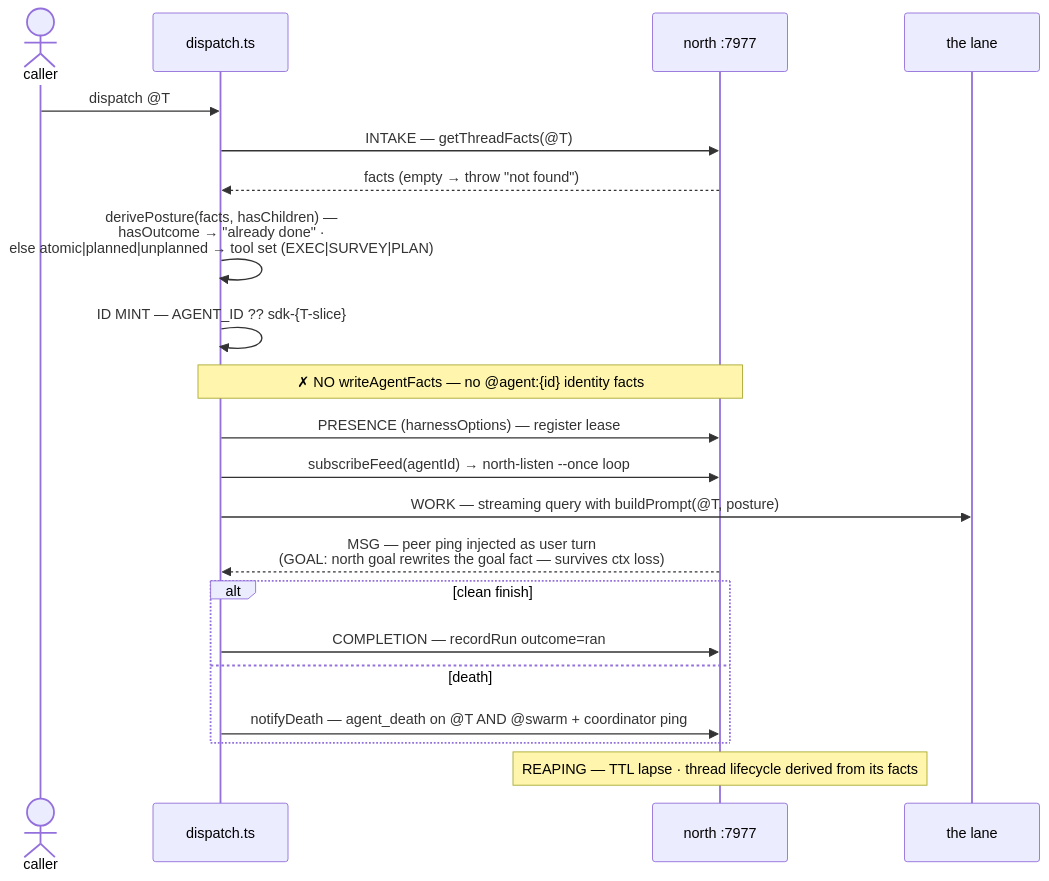
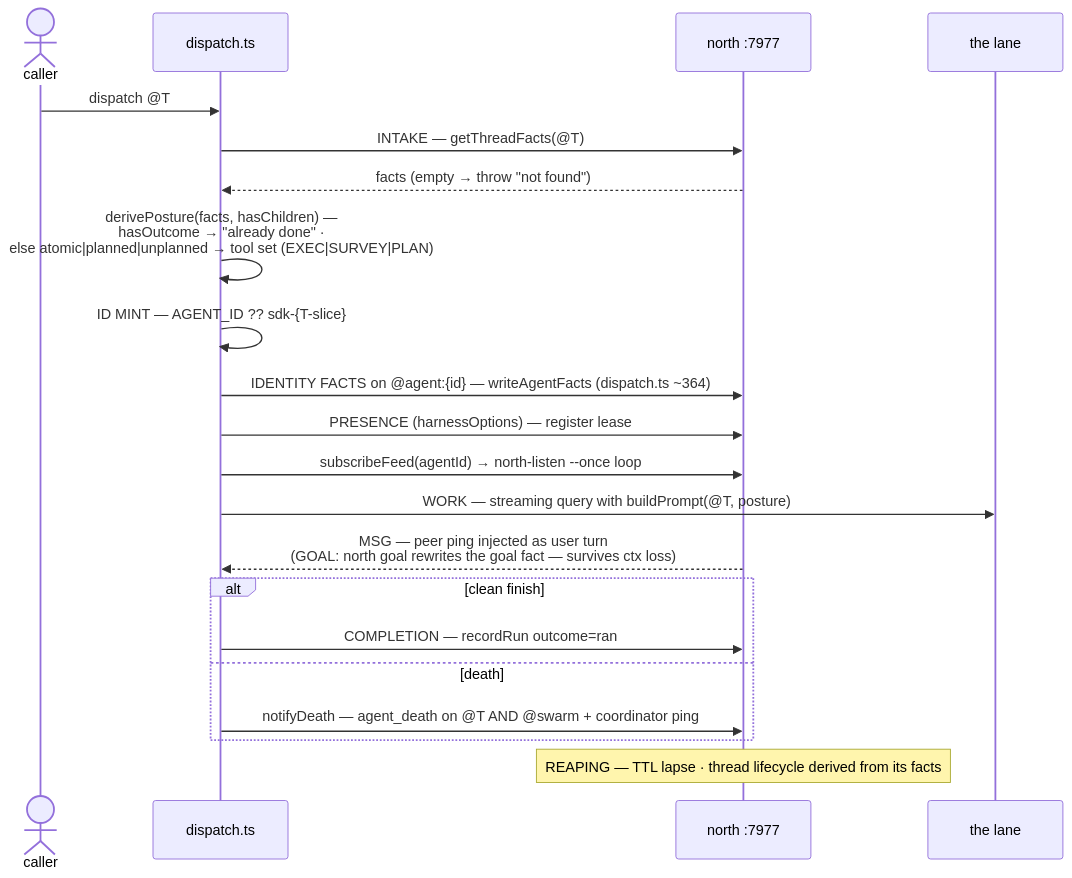
Before and after one commit to tompassarelli/north: the seventh of 10 diagrams in docs/workflow-map.md, drawn with Mermaid. The commit also changed other lines of this file and 7 other files, not shown here.

````diff
--- a/docs/workflow-map.md
+++ b/docs/workflow-map.md
@@ -313,23 +322,23 @@
 ```mermaid
 sequenceDiagram
     actor CA as caller
     participant DI as dispatch.ts
     participant T as north :7977
     participant L as the lane
     CA->>DI: dispatch @T
     DI->>T: INTAKE — getThreadFacts(@T)
     T-->>DI: facts (empty → throw "not found")
     DI->>DI: derivePosture(facts, hasChildren) —<br/>hasOutcome → "already done" ·<br/>else atomic|planned|unplanned → tool set (EXEC|SURVEY|PLAN)
     DI->>DI: ID MINT — AGENT_ID ?? sdk-{T-slice}
-    Note over DI,T: ✗ NO writeAgentFacts — no @agent:{id} identity facts
+    DI->>T: IDENTITY FACTS on @agent:{id} — writeAgentFacts (dispatch.ts ~364)
     DI->>T: PRESENCE (harnessOptions) — register lease
     DI->>T: subscribeFeed(agentId) → north-listen --once loop
     DI->>L: WORK — streaming query with buildPrompt(@T, posture)
     T-->>DI: MSG — peer ping injected as user turn<br/>(GOAL: north goal rewrites the goal fact — survives ctx loss)
     alt clean finish
         DI->>T: COMPLETION — recordRun outcome=ran
     else death
         DI->>T: notifyDeath — agent_death on @T AND @swarm + coordinator ping
     end
     Note over T: REAPING — TTL lapse · thread lifecycle derived from its facts
 ```
````
